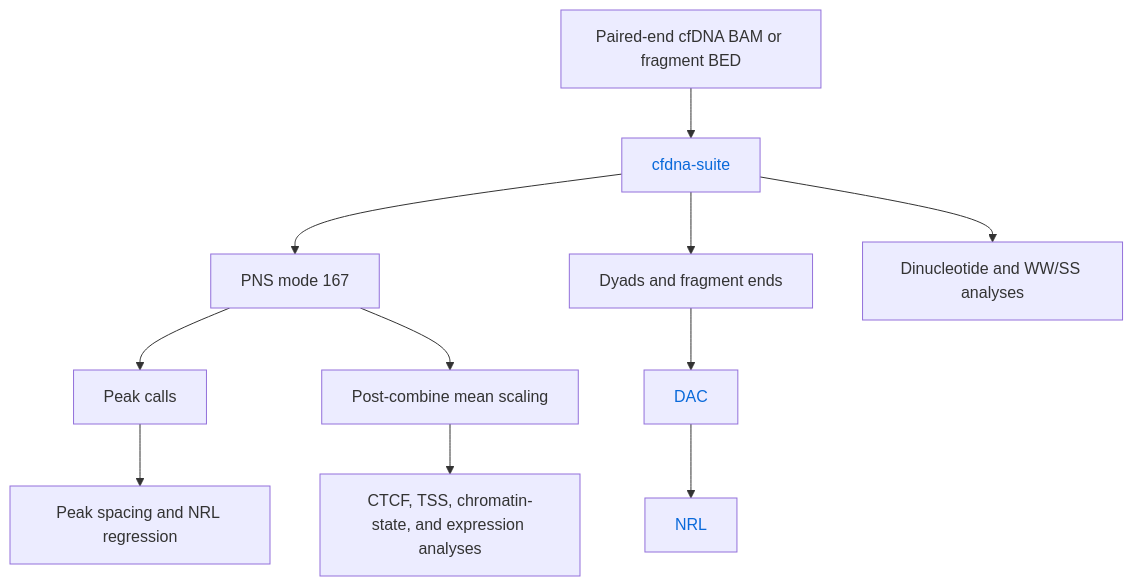
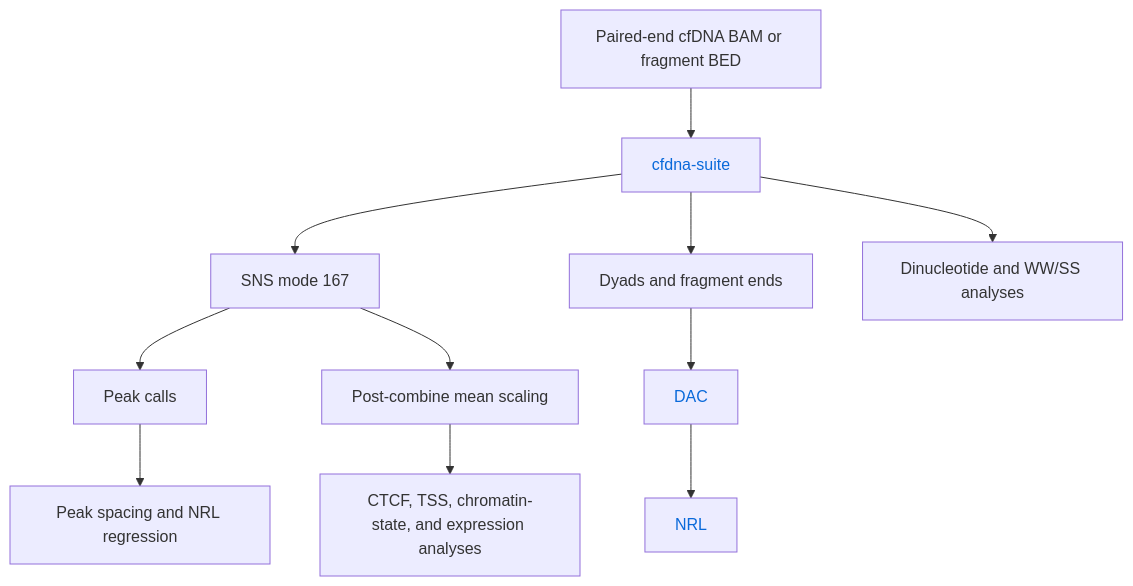
One commit to adjohnston85/NucleoSuite changed the first of 18 diagrams in docs/WORKFLOWS.md. Above: the diagram before and after it, drawn with Mermaid. The commit also changed other lines of this file and 77 other files, not shown here.

````diff
--- a/docs/WORKFLOWS.md
+++ b/docs/WORKFLOWS.md
@@ -7,19 +7,19 @@
 ```mermaid
 flowchart TB
     A[Paired-end cfDNA BAM or fragment BED] --> B[cfdna-suite]
-    B --> C[PNS mode 167]
+    B --> C[SNS mode 167]
     B --> D[Dyads and fragment ends]
     B --> E[Dinucleotide and WW/SS analyses]
     C --> F[Peak calls]
     D --> G[DAC]
     G --> I[NRL]
     F --> H[Peak spacing and NRL regression]
     C --> S[Post-combine mean scaling]
     S --> J[CTCF, TSS, chromatin-state, and expression analyses]
 
     classDef commandLink color:#0969da,text-decoration:none;
     class B,G,I commandLink;
     click B href "https://github.com/adjohnston85/NucleoSuite/blob/main/docs/commands/cfdna-suite.md" "Open cfdna-suite documentation"
     click G href "https://github.com/adjohnston85/NucleoSuite/blob/main/docs/commands/dac.md" "Open dac documentation"
     click I href "https://github.com/adjohnston85/NucleoSuite/blob/main/docs/commands/nrl.md" "Open nrl documentation"
 ```
````
